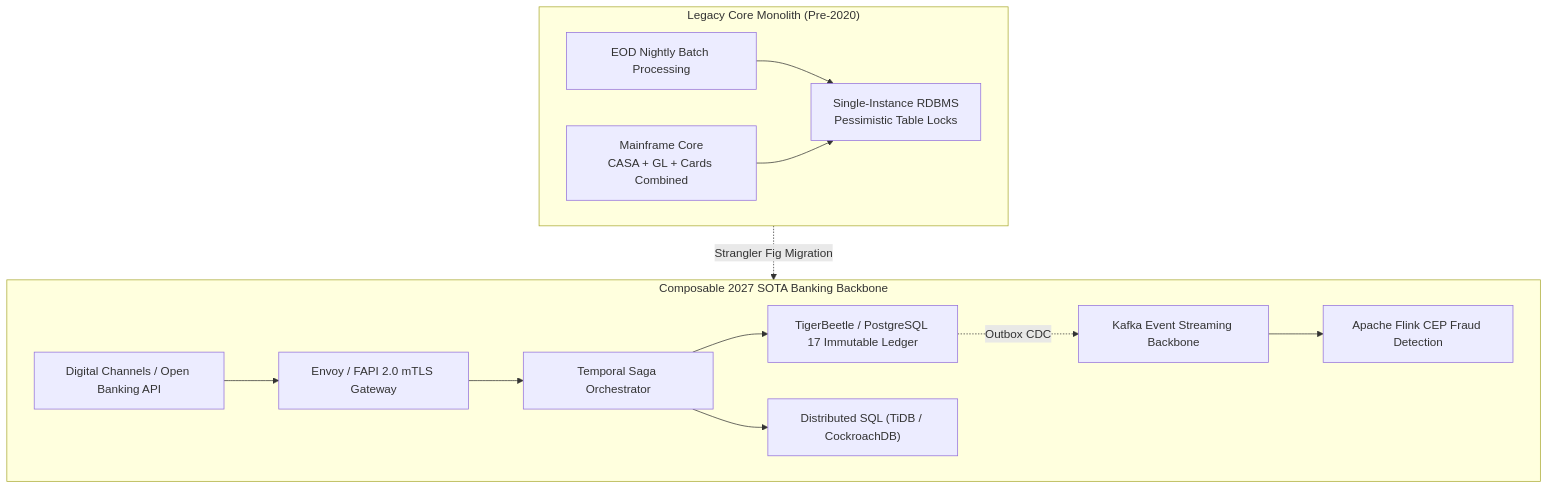
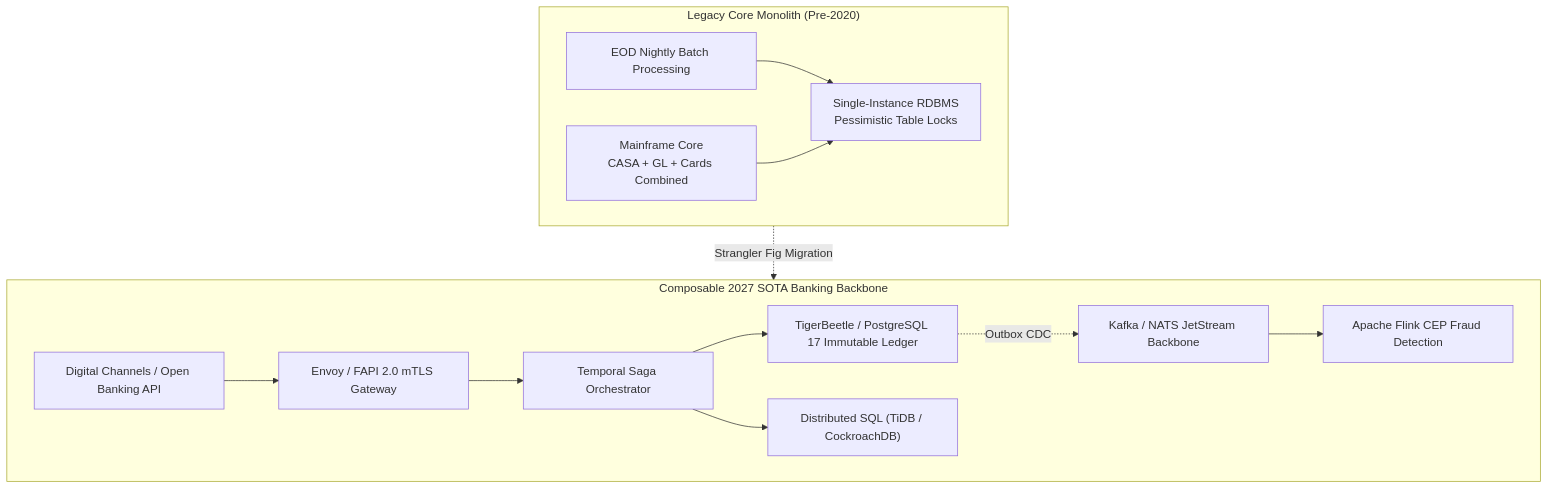
Before and after one commit to vesviet/vesviet: the first of 2 diagrams in content/series/core-banking-architecture/_index.md, drawn with Mermaid. The commit also changed other lines of this file and 90 other files, not shown here.

````diff
--- a/content/series/core-banking-architecture/_index.md
+++ b/content/series/core-banking-architecture/_index.md
@@ -35,29 +38,29 @@
 ```mermaid
 flowchart TD
     subgraph Legacy_Monolith ["Legacy Core Monolith (Pre-2020)"]
         Batch["EOD Nightly Batch Processing"]
         SingleDB["Single-Instance RDBMS<br/>Pessimistic Table Locks"]
         TightlyCoupled["Mainframe Core<br/>CASA + GL + Cards Combined"]
         Batch --> SingleDB
         TightlyCoupled --> SingleDB
     end
 
     subgraph Modern_Composable ["Composable 2027 SOTA Banking Backbone"]
         Channels["Digital Channels / Open Banking API"]
         Gateway["Envoy / FAPI 2.0 mTLS Gateway"]
         Orchestrator["Temporal Saga Orchestrator"]
-        EventBus["Kafka Event Streaming Backbone"]
+        EventBus["Kafka / NATS JetStream Backbone"]
         LedgerStore["TigerBeetle / PostgreSQL 17 Immutable Ledger"]
         DistSQL["Distributed SQL (TiDB / CockroachDB)"]
         FraudEngine["Apache Flink CEP Fraud Detection"]
 
         Channels --> Gateway
         Gateway --> Orchestrator
         Orchestrator --> LedgerStore
         Orchestrator --> DistSQL
         LedgerStore -.->|Outbox CDC| EventBus
         EventBus --> FraudEngine
     end
 
     Legacy_Monolith -.->|Strangler Fig Migration| Modern_Composable
 ```
````
